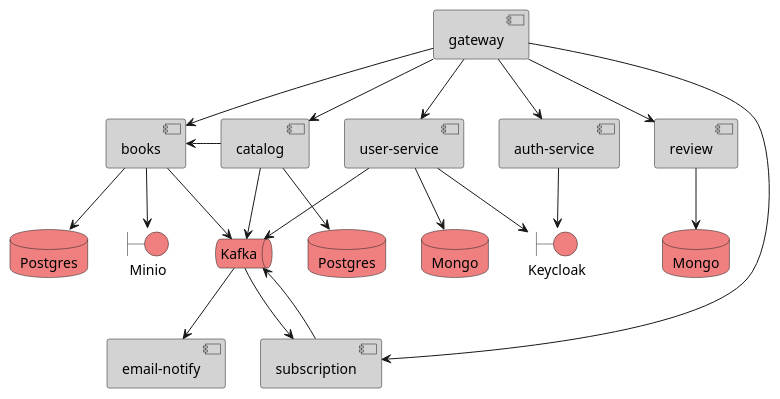
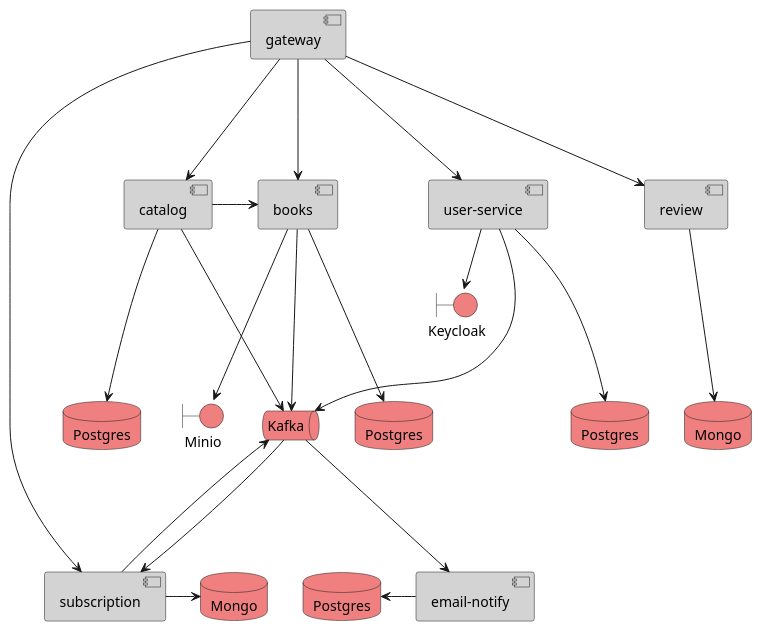
Before and after one commit to dalayLama/otus-microservice-2024-08: the diagram in hw-01/architecture/architecture.puml, drawn with PlantUML. The commit also changed 19 other files, not shown here.

```diff
--- a/hw-01/architecture/architecture.puml
+++ b/hw-01/architecture/architecture.puml
@@ -1,44 +1,46 @@
 @startuml component
 
 [gateway] as gw  #LightGray
+[user-service] as user #LightGray
+[catalog] as catalog #LightGray
 [books] as books #LightGray
-[catalog] as catalog #LightGray
-[user-service] as user #LightGray
-[auth-service] as auth #LightGray
 [review] as review #LightGray
+[email-notify] as e_notify #LightGray
 [subscription] as sub #LightGray
-[email-notify] as e_notify #LightGray
 
 database "Postgres" as pg_books #LightCoral
 boundary "Minio" as minio #LightCoral
 database "Postgres" as pg_catalog #LightCoral
-database "Mongo" as mg_user #LightCoral
+database "Postgres" as pg_user #LightCoral
 boundary "Keycloak" as kk #LightCoral
 database "Mongo" as mg_review #LightCoral
+database "Mongo" as mg_sub #LightCoral
+database "Postgres" as pg_email #LightCoral
 queue "Kafka" as kafka #LightCoral
 
-gw --> books
-gw --> catalog
-gw --> user
-gw --> auth
-gw --> review
-gw --> sub
+gw -down--> catalog
+gw -down--> books
+gw -down--> user
+gw -down--> review
+gw -down--> sub
 
-catalog -left--> books
-catalog --> pg_catalog
-catalog --> kafka
-books --> pg_books
-books --> minio
-books --> kafka
-user --> mg_user
-user --> kk
-user --> kafka
-auth --> kk
-review --> mg_review
 
-sub --> kafka
-kafka --> sub
-kafka --> e_notify
+user -down-> kk
+user -down--> pg_user
+user -down--> kafka
+catalog -down--> kafka
+catalog -right-> books
+catalog -down--> pg_catalog
+books -down--> kafka
+books -down--> pg_books
+books -down--> minio
+review -down--> mg_review
+
+sub -up--> kafka
+sub -right->mg_sub
+kafka -down--> sub
+kafka -down--> e_notify
+e_notify -left--> pg_email
 
 
 @enduml
```
